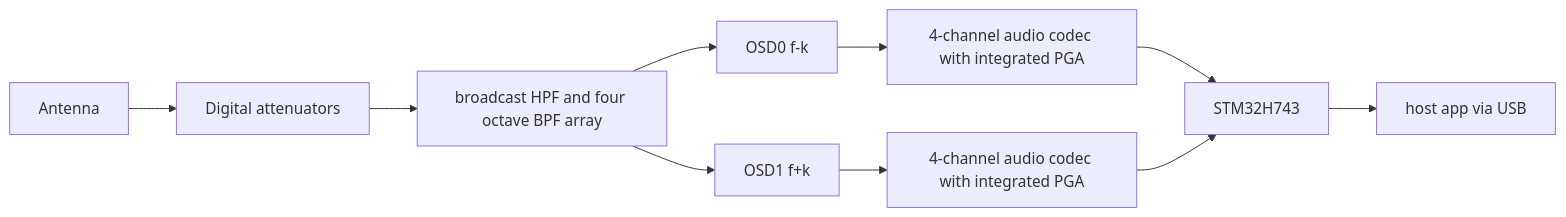
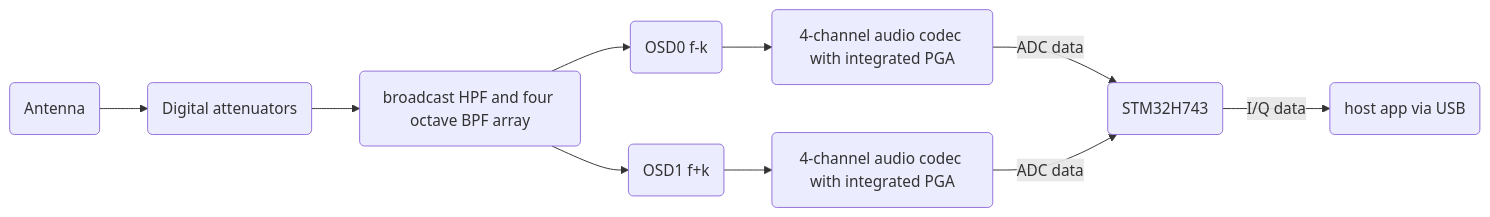
Before and after one commit to alanmimms/NexRx: the first of 2 diagrams in doc/architecture.md, drawn with Mermaid. The commit also changed other lines of this file, not shown here.

Commit message:
Fixup some diagrams

````diff
--- a/doc/architecture.md
+++ b/doc/architecture.md
@@ -11,13 +11,13 @@
 ```mermaid
 graph LR
-    A[Antenna] --> D[Digital attenuators]
-    D --> F[broadcast HPF and four octave BPF array]
-    F --> G[OSD0 f-k]
-    F --> H[OSD1 f+k]
+    A(Antenna) --> D(Digital attenuators)
+    D --> F(broadcast HPF and four octave BPF array)
+    F --> G(OSD0 f-k)
+    F --> H(OSD1 f+k)
     
-    G --> I[4-channel audio codec with integrated PGA]
-    H --> J[4-channel audio codec with integrated PGA]
-    I --> K[STM32H743]
-    J --> K
-    K --> L[host app via USB]
+    G --> I(4-channel audio codec with integrated PGA)
+    H --> J(4-channel audio codec with integrated PGA)
+    I --> |ADC data|K(STM32H743)
+    J --> |ADC data|K
+    K --> |I/Q data|L(host app via USB)
 ```
````
